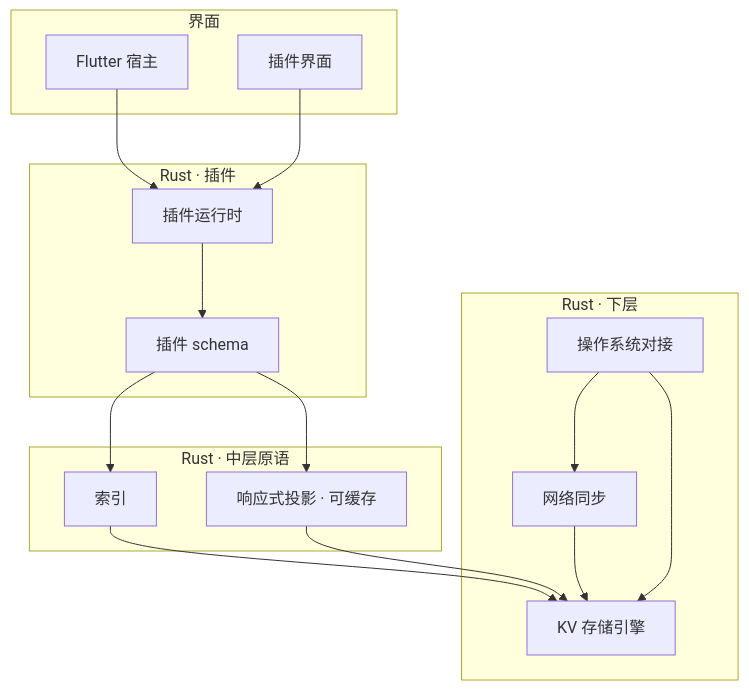
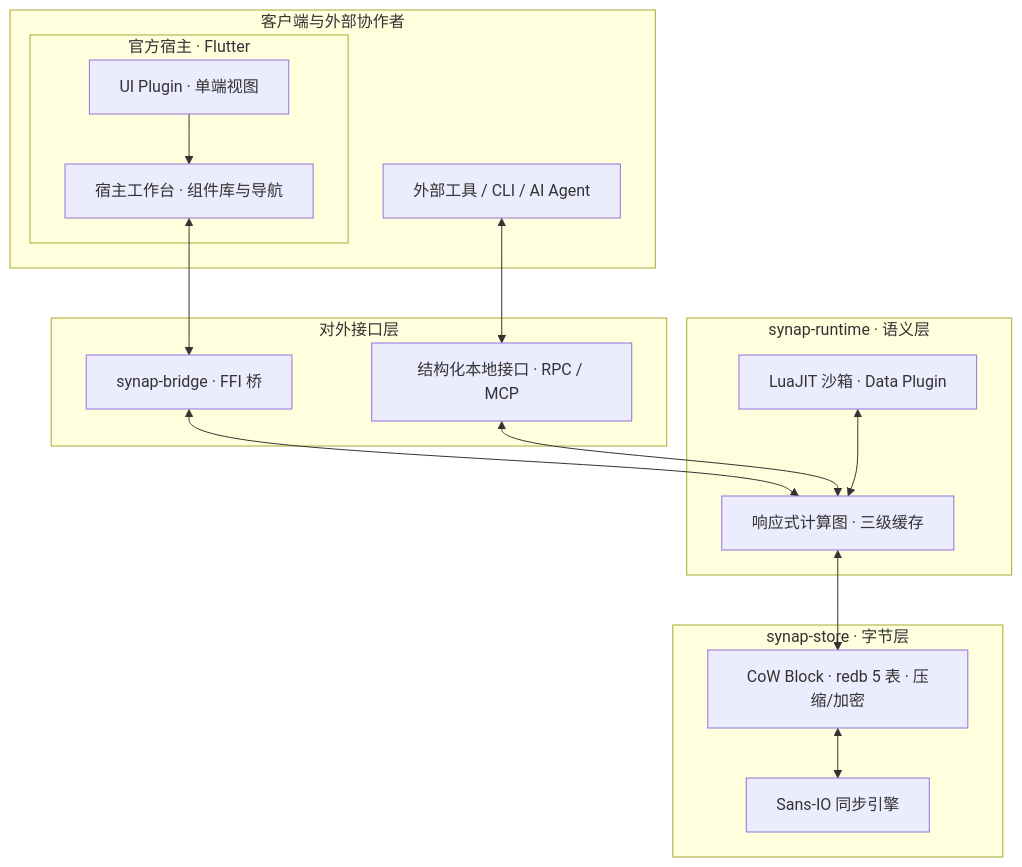
One commit to VilinkoStudio/synap-next changed the diagram in docs/002-architecture.md. Above: the diagram before and after it, drawn with Mermaid. The commit also changed other lines of this file and 8 other files, not shown here.

````diff
--- a/docs/002-architecture.md
+++ b/docs/002-architecture.md
@@ -11,30 +9,35 @@
 ```mermaid
 flowchart TB
-  subgraph ui [界面]
-    F[Flutter 宿主]
-    PUI[插件界面]
+  subgraph clients [客户端与外部协作者]
+    subgraph host [官方宿主 · Flutter]
+      UI[UI Plugin · 单端视图]
+      F[宿主工作台 · 组件库与导航]
+    end
+    EXT[外部工具 / CLI / AI Agent]
   end
-  subgraph rust_top [Rust · 插件]
-    RT[插件运行时]
-    SC[插件 schema]
+
+  subgraph iface [对外接口层]
+    BR[synap-bridge · FFI 桥]
+    API[结构化本地接口 · RPC / MCP]
   end
-  subgraph waist [Rust · 中层原语]
-    IX[索引]
-    PJ[响应式投影 · 可缓存]
+
+  subgraph rt [synap-runtime · 语义层]
+    LP[LuaJIT 沙箱 · Data Plugin]
+    CG[响应式计算图 · 三级缓存]
   end
-  subgraph base [Rust · 下层]
-    KV[KV 存储引擎]
-    OS[操作系统对接]
-    SY[网络同步]
+
+  subgraph st [synap-store · 字节层]
+    BL[CoW Block · redb 5 表 · 压缩/加密]
+    SY[Sans-IO 同步引擎]
   end
-  F --> RT
-  PUI --> RT
-  RT --> SC
-  SC --> IX
-  SC --> PJ
-  IX --> KV
-  PJ --> KV
-  SY --> KV
-  OS --> KV
-  OS --> SY
+
+  UI --> F
+  F <--> BR
+  EXT <--> API
+  BR <--> CG
+  API <--> CG
+  LP <--> CG
+  CG <--> BL
+  BL <--> SY
+
 ```
````
